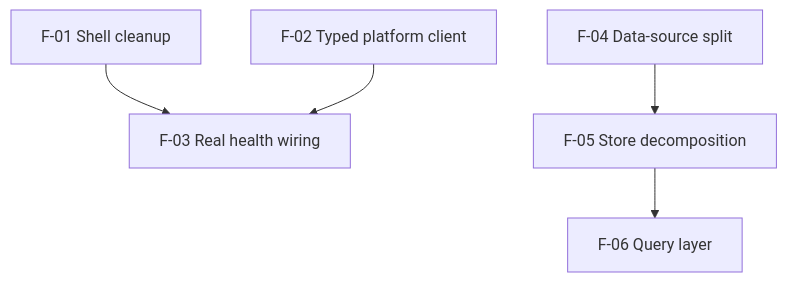
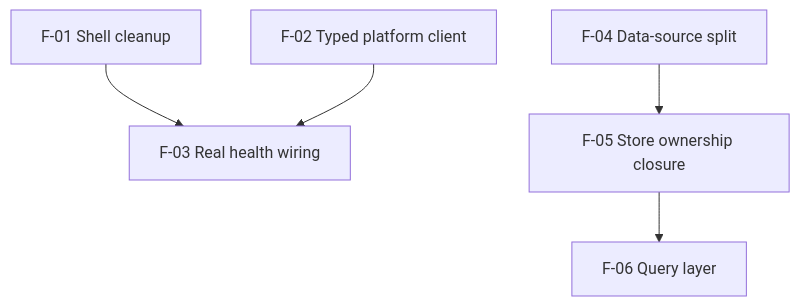
Before and after one commit to dunay2/dvt: the fifth of 6 diagrams in docs/planning/state/lane-e-shell-baseline-target-guide.md, drawn with Mermaid. The commit also changed other lines of this file and 21 other files, not shown here.

Commit message:
docs(docs): Map current web store ownership

````diff
--- a/docs/planning/state/lane-e-shell-baseline-target-guide.md
+++ b/docs/planning/state/lane-e-shell-baseline-target-guide.md
@@ -287,13 +295,13 @@
 ```mermaid
 flowchart TD
   F01[F-01 Shell cleanup]
   F02[F-02 Typed platform client]
   F03[F-03 Real health wiring]
   F04[F-04 Data-source split]
-  F05[F-05 Store decomposition]
+  F05[F-05 Store ownership closure]
   F06[F-06 Query layer]
 
   F01 --> F03
   F02 --> F03
   F04 --> F05 --> F06
 ```
````
